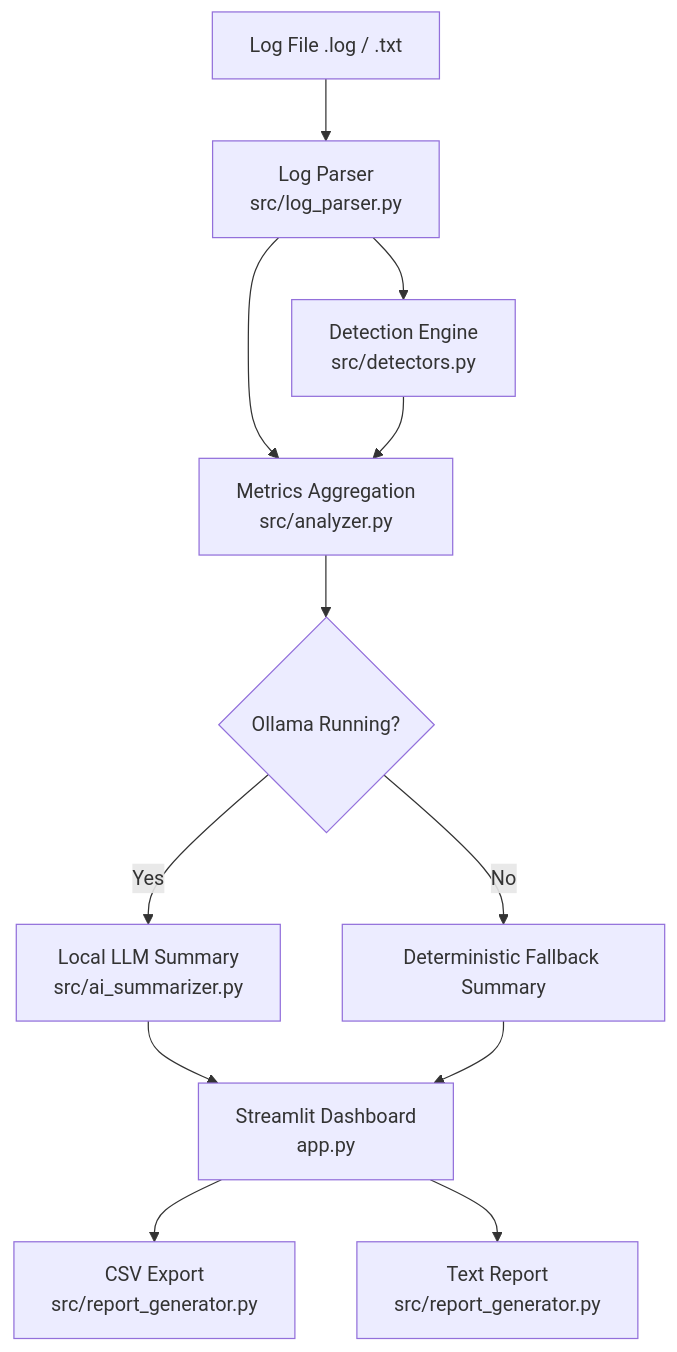
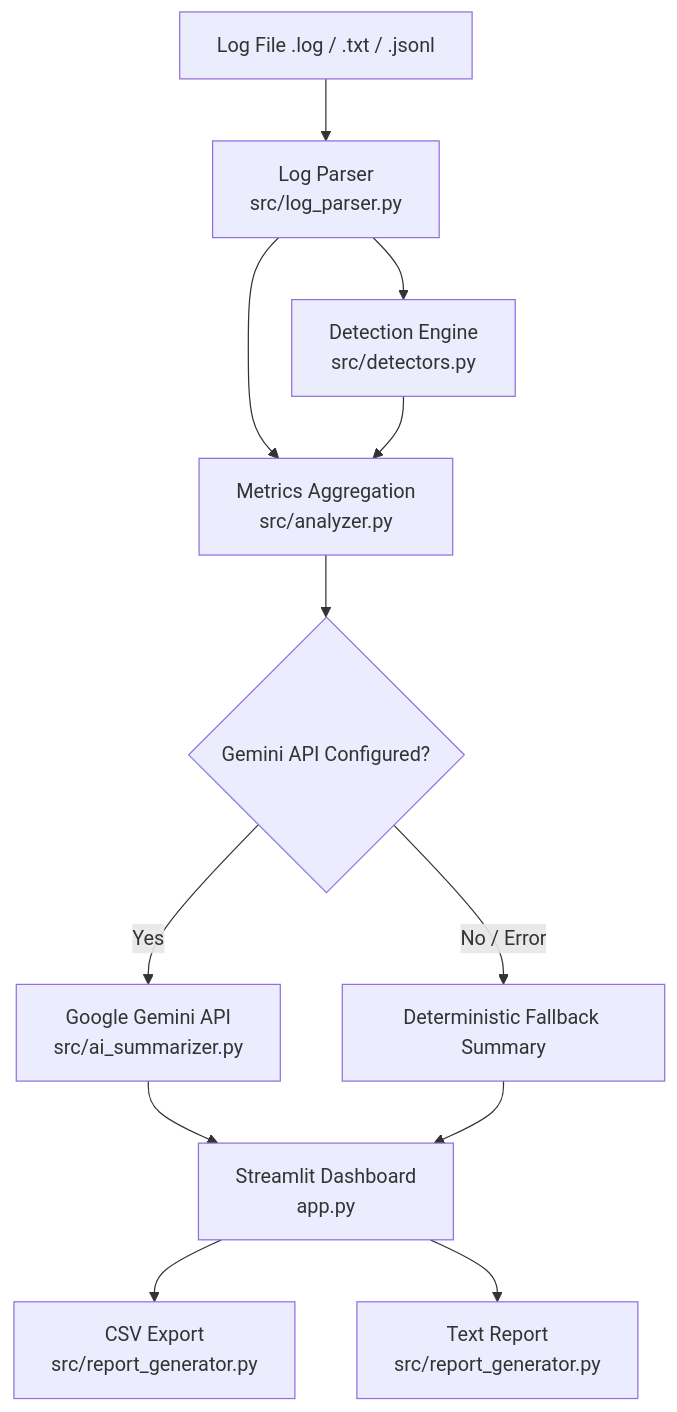
Before and after one commit to venky099/ai-powered-log-analyzer: the diagram in README.md, drawn with Mermaid. The commit also changed other lines of this file and 6 other files, not shown here.

Commit message:
feat: integrate Google Gemini API in place of local Ollama

````diff
--- a/README.md
+++ b/README.md
@@ -75,14 +75,14 @@
 ```mermaid
 flowchart TD
-    A[Log File .log / .txt] --> B[Log Parser\nsrc/log_parser.py]
+    A[Log File .log / .txt / .jsonl] --> B[Log Parser\nsrc/log_parser.py]
     B --> C[Detection Engine\nsrc/detectors.py]
     B --> D[Metrics Aggregation\nsrc/analyzer.py]
     C --> D
-    D --> E{Ollama Running?}
-    E -- Yes --> F[Local LLM Summary\nsrc/ai_summarizer.py]
-    E -- No --> G[Deterministic Fallback Summary]
+    D --> E{Gemini API Configured?}
+    E -- Yes --> F[Google Gemini API\nsrc/ai_summarizer.py]
+    E -- No / Error --> G[Deterministic Fallback Summary]
     F --> H[Streamlit Dashboard\napp.py]
     G --> H
     H --> I[CSV Export\nsrc/report_generator.py]
     H --> J[Text Report\nsrc/report_generator.py]
 ```
````
